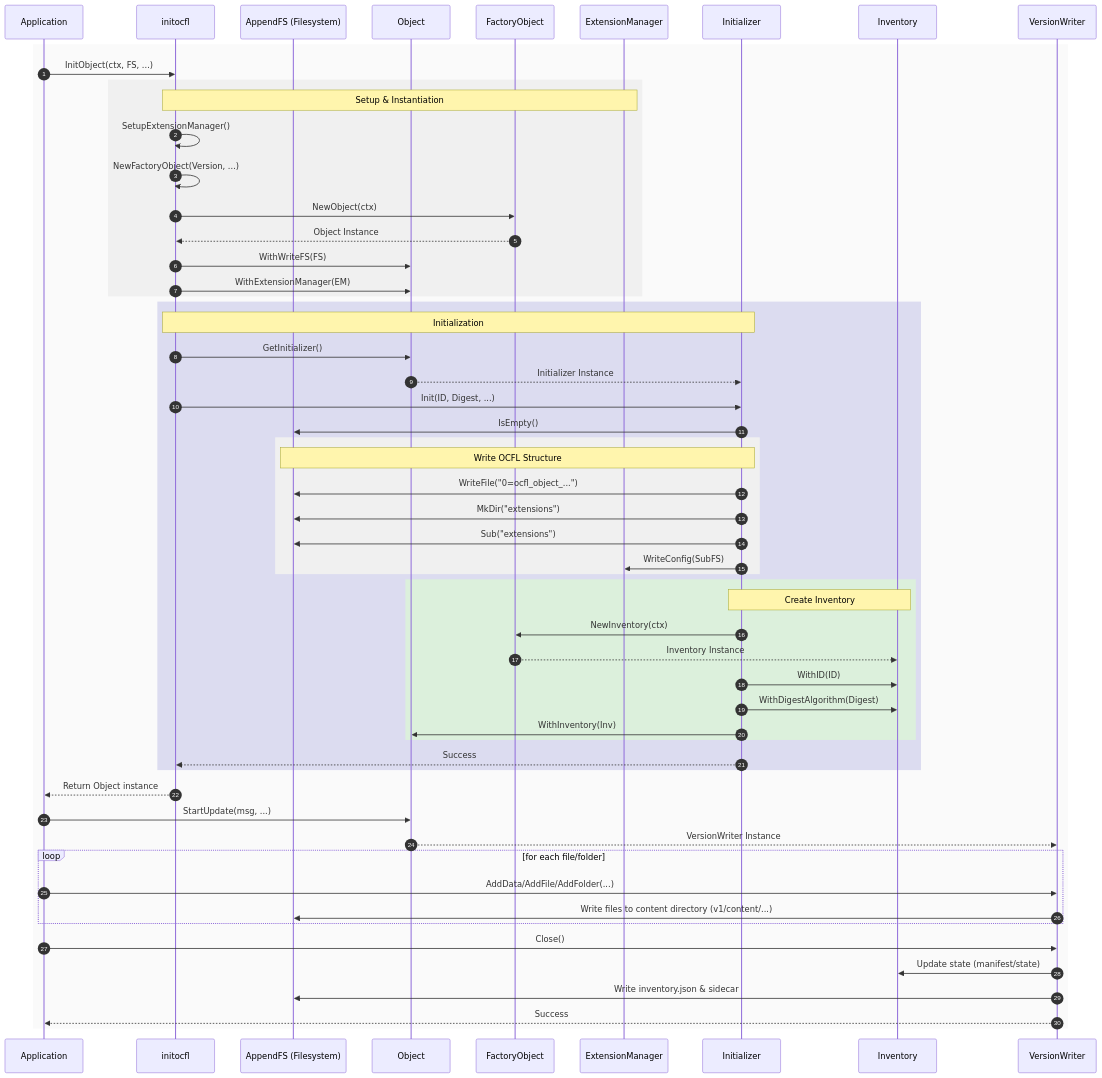
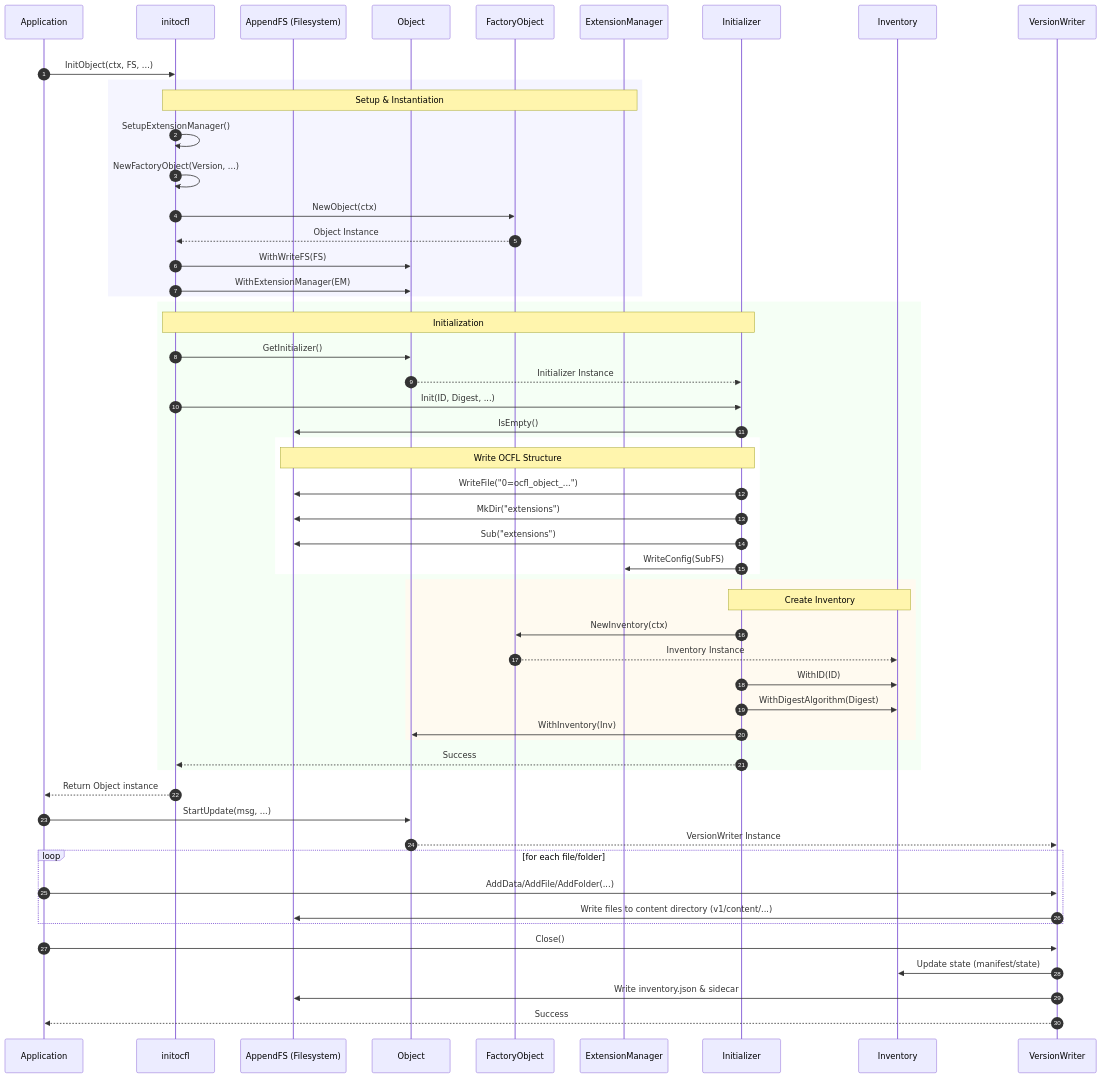
One commit to ocfl-archive/gocfl changed the diagram in pkg/ocfl/object/docs/create_sequence.md. Above: the diagram before and after it, drawn with Mermaid. The commit also changed 4 other files, not shown here.

Commit message:
Updated Mermaid sequence diagrams across documentation to enhance color consistency in `rect` syntax for improved readability.

````diff
--- a/pkg/ocfl/object/docs/create_sequence.md
+++ b/pkg/ocfl/object/docs/create_sequence.md
@@ -9,68 +9,68 @@
 ```mermaid
 sequenceDiagram
     autonumber
-    rect rgb(250, 250, 250)
+    rect rgb(255, 255, 255)
     participant App as Application
     participant Init as initocfl
     participant FS as AppendFS (Filesystem)
     participant Obj as Object
     participant Factory as FactoryObject
     participant EM as ExtensionManager
     participant Initializer as Initializer
     participant Inv as Inventory
     participant VW as VersionWriter
-
+    
     App->>Init: InitObject(ctx, FS, ...)
     
-    rect rgb(240, 240, 240)
+    rect rgb(245, 245, 255)
     Note over Init, EM: Setup & Instantiation
     Init->>Init: SetupExtensionManager()
     Init->>Init: NewFactoryObject(Version, ...)
     Init->>Factory: NewObject(ctx)
     Factory-->>Init: Object Instance
     Init->>Obj: WithWriteFS(FS)
     Init->>Obj: WithExtensionManager(EM)
     end
 
-    rect rgb(220, 220, 240)
+    rect rgb(245, 255, 245)
     Note over Init, Initializer: Initialization
     Init->>Obj: GetInitializer()
     Obj-->>Initializer: Initializer Instance
     Init->>Initializer: Init(ID, Digest, ...)
     
     Initializer->>FS: IsEmpty()
     
-    rect rgb(240, 240, 240)
+    rect rgb(255, 255, 255)
     Note over Initializer, FS: Write OCFL Structure
     Initializer->>FS: WriteFile("0=ocfl_object_...")
     Initializer->>FS: MkDir("extensions")
     Initializer->>FS: Sub("extensions")
     Initializer->>EM: WriteConfig(SubFS)
     end
     
-    rect rgb(220, 240, 220)
+    rect rgb(255, 250, 240)
     Note over Initializer, Inv: Create Inventory
     Initializer->>Factory: NewInventory(ctx)
     Factory-->>Inv: Inventory Instance
     Initializer->>Inv: WithID(ID)
     Initializer->>Inv: WithDigestAlgorithm(Digest)
     Initializer->>Obj: WithInventory(Inv)
     end
     
     Initializer-->>Init: Success
     end
     
     Init-->>App: Return Object instance
 
     App->>Obj: StartUpdate(msg, ...)
     Obj-->>VW: VersionWriter Instance
     loop for each file/folder
         App->>VW: AddData/AddFile/AddFolder(...)
         VW->>FS: Write files to content directory (v1/content/...)
     end
     App->>VW: Close()
     VW->>Inv: Update state (manifest/state)
     VW->>FS: Write inventory.json & sidecar
     VW-->>App: Success
     end
 ```
````
